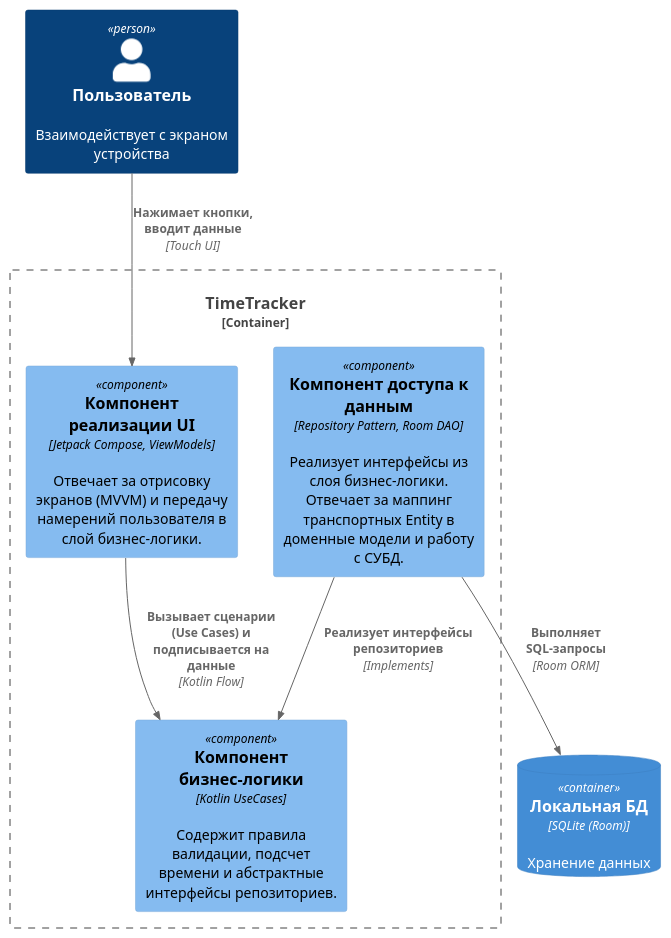
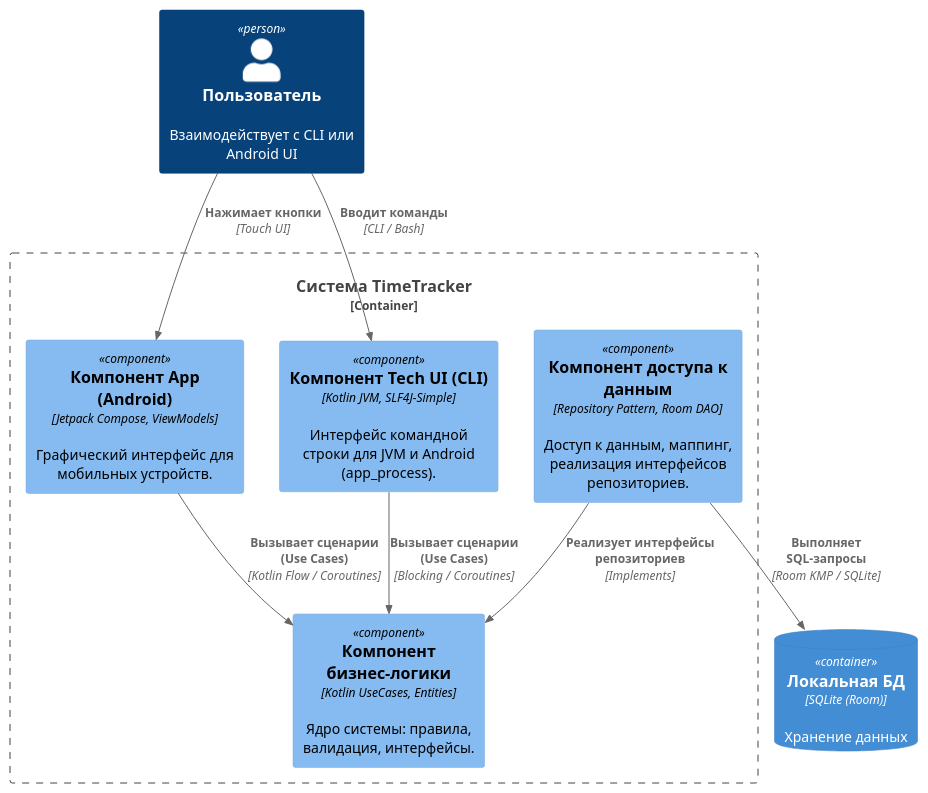
The diagram in docs/L3.puml (da-fuu/IU7_7sem_Web), drawn with PlantUML before and after one commit. The commit also changed 3 other files, not shown here.

```diff
--- a/docs/L3.puml
+++ b/docs/L3.puml
@@ -1,26 +1,28 @@
 @startuml
 !include <c4/C4_Component.puml>
 
-
-Person(user, "Пользователь", "Взаимодействует с экраном устройства")
+Person(user, "Пользователь", "Взаимодействует с CLI или Android UI")
 
 ContainerDb(local_db, "Локальная БД", "SQLite (Room)", "Хранение данных")
 
-Container_Boundary(app_container, "TimeTracker") {
+Container_Boundary(app_container, "Система TimeTracker") {
 
-    Component(ui, "Компонент реализации UI", "Jetpack Compose, ViewModels", "Отвечает за отрисовку экранов (MVVM) и передачу намерений пользователя в слой бизнес-логики.")
+    Component(app, "Компонент App (Android)", "Jetpack Compose, ViewModels", "Графический интерфейс для мобильных устройств.")
 
-    Component(domain, "Компонент бизнес-логики", "Kotlin UseCases", "Содержит правила валидации, подсчет времени и абстрактные интерфейсы репозиториев.")
+    Component(tech_ui, "Компонент Tech UI (CLI)", "Kotlin JVM, SLF4J-Simple", "Интерфейс командной строки для JVM и Android (app_process).")
 
-    Component(data, "Компонент доступа к данным", "Repository Pattern, Room DAO", "Реализует интерфейсы из слоя бизнес-логики. Отвечает за маппинг транспортных Entity в доменные модели и работу с СУБД.")
+    Component(domain, "Компонент бизнес-логики", "Kotlin UseCases, Entities", "Ядро системы: правила, валидация, интерфейсы.")
+
+    Component(data, "Компонент доступа к данным", "Repository Pattern, Room DAO", "Доступ к данным, маппинг, реализация интерфейсов репозиториев.")
 }
 
-Rel(user, ui, "Нажимает кнопки, вводит данные", "Touch UI")
+Rel(user, app, "Нажимает кнопки", "Touch UI")
+Rel(user, tech_ui, "Вводит команды", "CLI / Bash")
 
-Rel(ui, domain, "Вызывает сценарии (Use Cases) и подписывается на данные", "Kotlin Flow")
+Rel(app, domain, "Вызывает сценарии (Use Cases)", "Kotlin Flow / Coroutines")
+Rel(tech_ui, domain, "Вызывает сценарии (Use Cases)", "Blocking / Coroutines")
 
 Rel(data, domain, "Реализует интерфейсы репозиториев", "Implements")
-
-Rel(data, local_db, "Выполняет SQL-запросы", "Room ORM")
+Rel(data, local_db, "Выполняет SQL-запросы", "Room KMP / SQLite")
 
 @enduml
```
